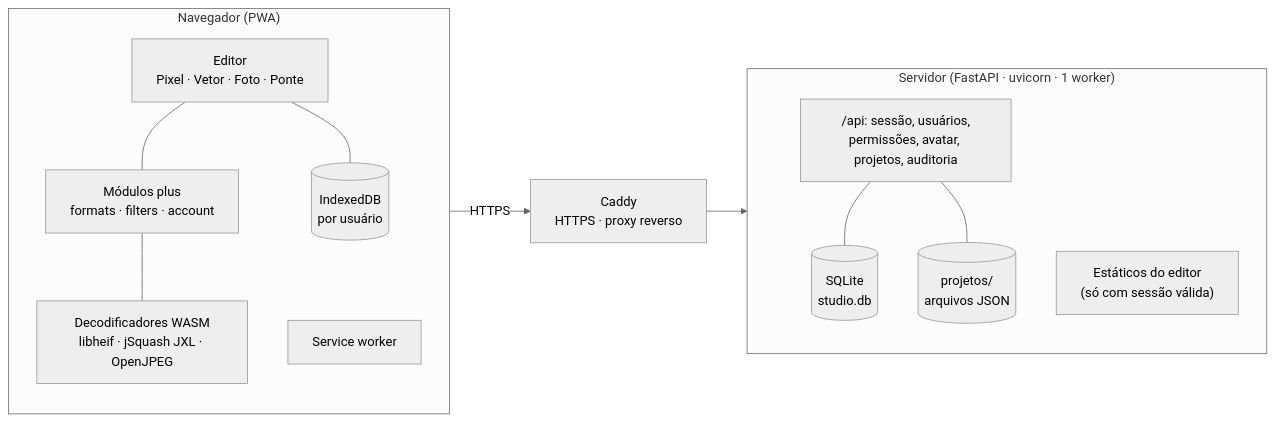
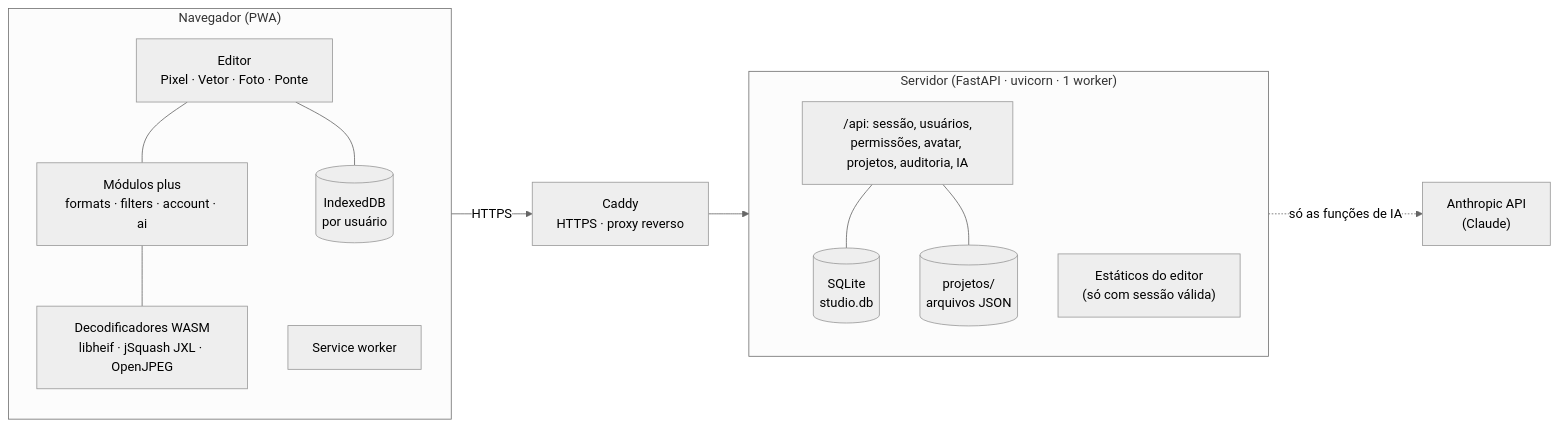
One commit to SSBianchiplan/studio changed the diagram in README.md. Above: the diagram before and after it, drawn with Mermaid (neutral theme). The commit also changed other lines of this file and 14 other files, not shown here.

First line of the commit message:
Studio 2.1.0: funções de IA com o Claude (Anthropic)

````diff
--- a/README.md
+++ b/README.md
@@ -88,24 +116,25 @@
 ```mermaid
 flowchart LR
   subgraph Navegador["Navegador (PWA)"]
     ED["Editor<br/>Pixel · Vetor · Foto · Ponte"]
-    PLUS["Módulos plus<br/>formats · filters · account"]
+    PLUS["Módulos plus<br/>formats · filters · account · ai"]
     WASM["Decodificadores WASM<br/>libheif · jSquash JXL · OpenJPEG"]
     IDB[("IndexedDB<br/>por usuário")]
     SW["Service worker"]
     ED --- PLUS --- WASM
     ED --- IDB
   end
 
   subgraph Servidor["Servidor (FastAPI · uvicorn · 1 worker)"]
-    API["/api: sessão, usuários,<br/>permissões, avatar, projetos, auditoria"]
+    API["/api: sessão, usuários,<br/>permissões, avatar, projetos, auditoria, IA"]
     WEB["Estáticos do editor<br/>(só com sessão válida)"]
     DB[("SQLite<br/>studio.db")]
     PJ[("projetos/<br/>arquivos JSON")]
     API --- DB
     API --- PJ
   end
 
   Caddy["Caddy<br/>HTTPS · proxy reverso"]
   Navegador -- "HTTPS" --> Caddy --> Servidor
+  Servidor -. "só as funções de IA" .-> Claude["Anthropic API<br/>(Claude)"]
 ```
````
